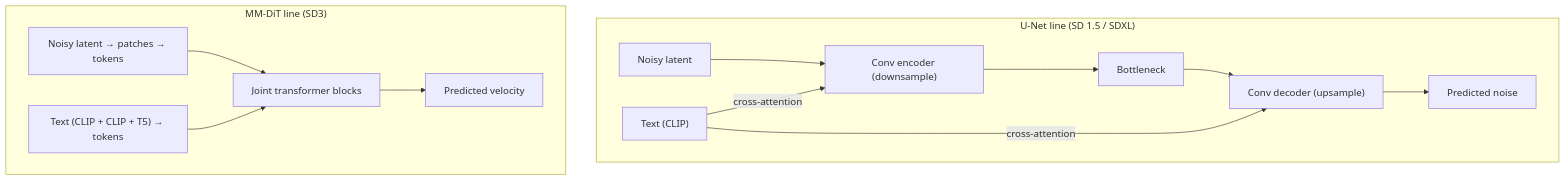
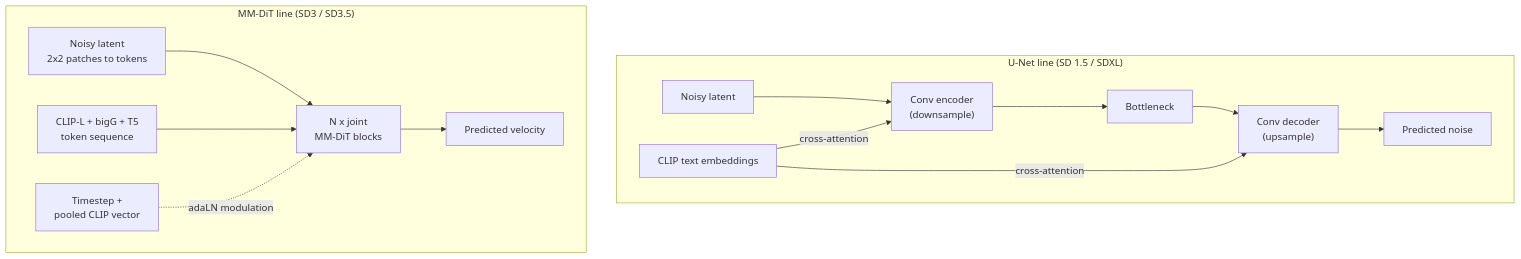
The first of 3 diagrams in github-pages/docs/ai-ml/sd3-guide.md (AndrewAltimit/Documentation), drawn with Mermaid before and after one commit. The commit also changed other lines of this file and 240 other files, not shown here.

````diff
--- a/github-pages/docs/ai-ml/sd3-guide.md
+++ b/github-pages/docs/ai-ml/sd3-guide.md
@@ -48,16 +52,17 @@
 ```mermaid
 flowchart TD
     subgraph UNet["U-Net line (SD 1.5 / SDXL)"]
-        IN1["Noisy latent"] --> ENC["Conv encoder (downsample)"]
+        IN1["Noisy latent"] --> ENC["Conv encoder<br/>(downsample)"]
         ENC --> BOT["Bottleneck"]
-        BOT --> DEC["Conv decoder (upsample)"]
-        TXT1["Text (CLIP)"] -->|cross-attention| ENC
+        BOT --> DEC["Conv decoder<br/>(upsample)"]
+        TXT1["CLIP text embeddings"] -->|cross-attention| ENC
         TXT1 -->|cross-attention| DEC
         DEC --> OUT1["Predicted noise"]
     end
-    subgraph DiT["MM-DiT line (SD3)"]
-        IN2["Noisy latent → patches → tokens"] --> MIX["Joint transformer blocks"]
-        TXT2["Text (CLIP + CLIP + T5) → tokens"] --> MIX
+    subgraph DiT["MM-DiT line (SD3 / SD3.5)"]
+        IN2["Noisy latent<br/>2x2 patches to tokens"] --> MIX["N x joint<br/>MM-DiT blocks"]
+        TXT2["CLIP-L + bigG + T5<br/>token sequence"] --> MIX
+        POOL["Timestep +<br/>pooled CLIP vector"] -.->|adaLN modulation| MIX
         MIX --> OUT2["Predicted velocity"]
     end
 ```
````
